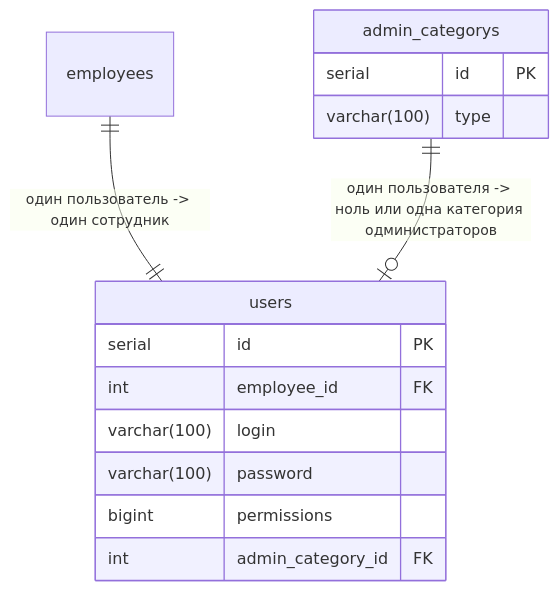
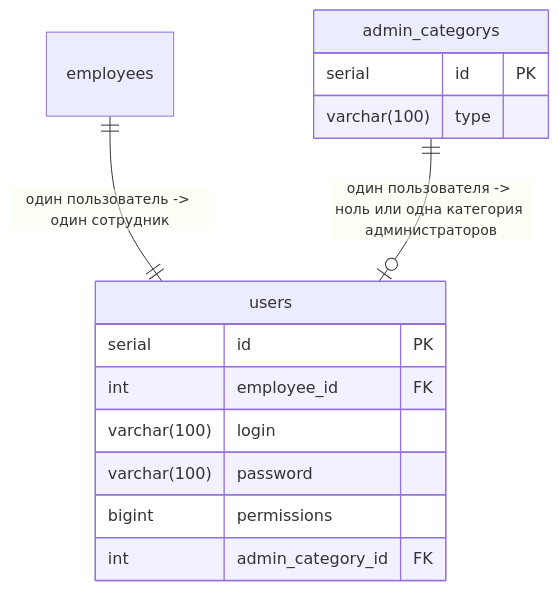
The first of 12 diagrams in README.md (DRUsmanov/the_system_project), drawn with Mermaid before and after one commit.

````diff
--- a/README.md
+++ b/README.md
@@ -26,19 +26,19 @@
 ```mermaid
 erDiagram
 users{
 serial id PK
 int employee_id FK
 varchar(100) login
 varchar(100) password
 bigint permissions
 int admin_category_id FK
 }
 
 admin_categorys{
 serial id PK
 varchar(100) type
 }
 
 employees ||--|| users : "один пользователь -> один сотрудник"
-admin_categorys ||--o| users : "один пользователя -> ноль или одна категория одминистраторов"
+admin_categorys ||--o| users : "один пользователя -> ноль или одна категория администраторов"
 ```
````
